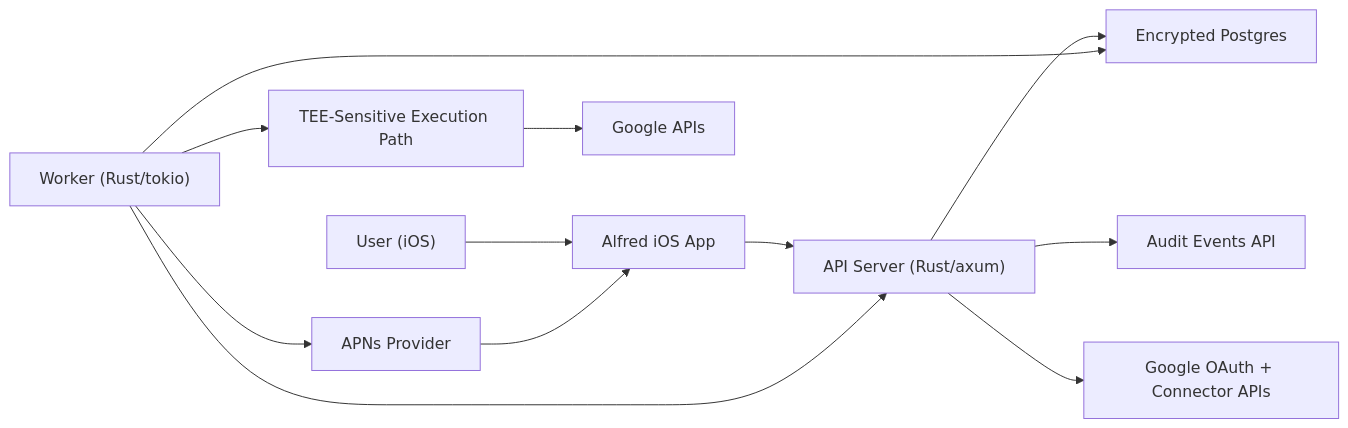
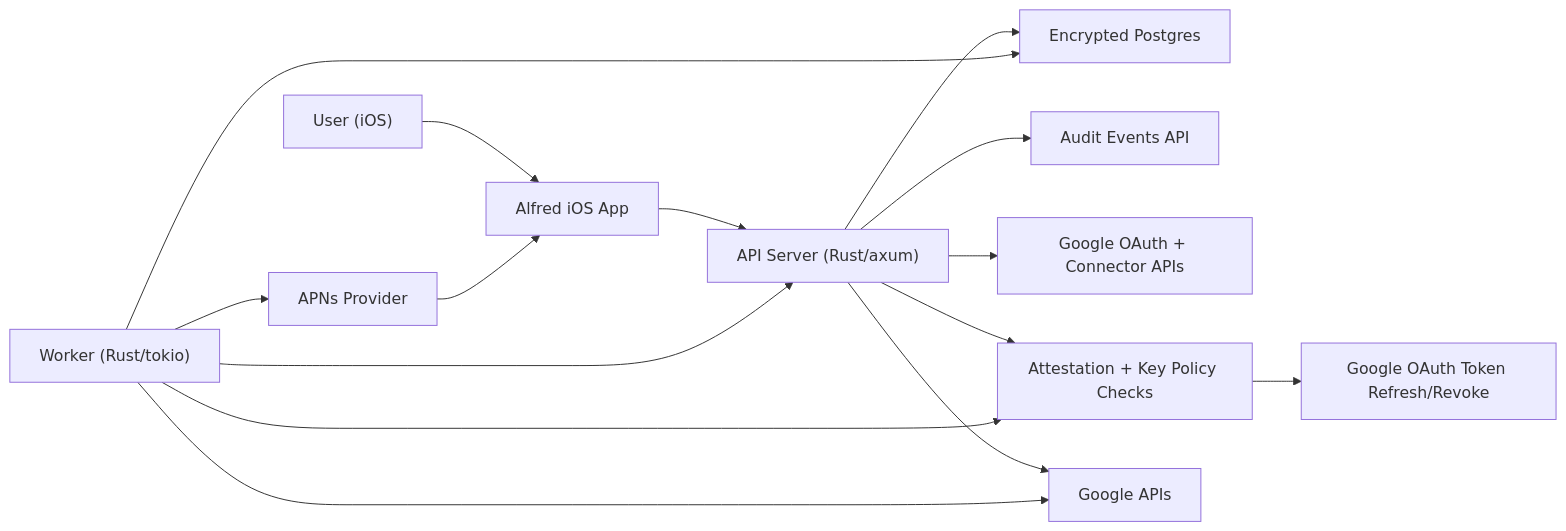
Before and after one commit to niteshbalusu11/alfred: the diagram in README.md, drawn with Mermaid. The commit also changed other lines of this file and 1 other file, not shown here.

Commit message:
docs: align README docs with current AI backend and TEE status

````diff
--- a/README.md
+++ b/README.md
@@ -35,14 +53,17 @@
 ```mermaid
 flowchart LR
     User["User (iOS)"] --> App["Alfred iOS App"]
     App --> API["API Server (Rust/axum)"]
     API --> DB["Encrypted Postgres"]
     API --> Audit["Audit Events API"]
     API --> OAuth["Google OAuth + Connector APIs"]
     Worker["Worker (Rust/tokio)"] --> API
     Worker --> DB
-    Worker --> TEE["TEE-Sensitive Execution Path"]
-    TEE --> Google["Google APIs"]
+    API --> SecretRuntime["Attestation + Key Policy Checks"]
+    Worker --> SecretRuntime
+    SecretRuntime --> GoogleOAuth["Google OAuth Token Refresh/Revoke"]
+    API --> Google["Google APIs"]
+    Worker --> Google
     Worker --> APNs["APNs Provider"]
     APNs --> App
 ```
````
